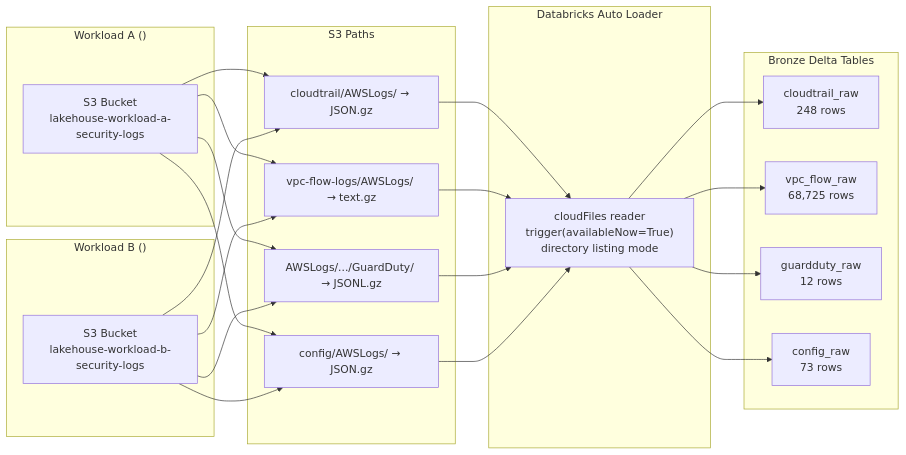
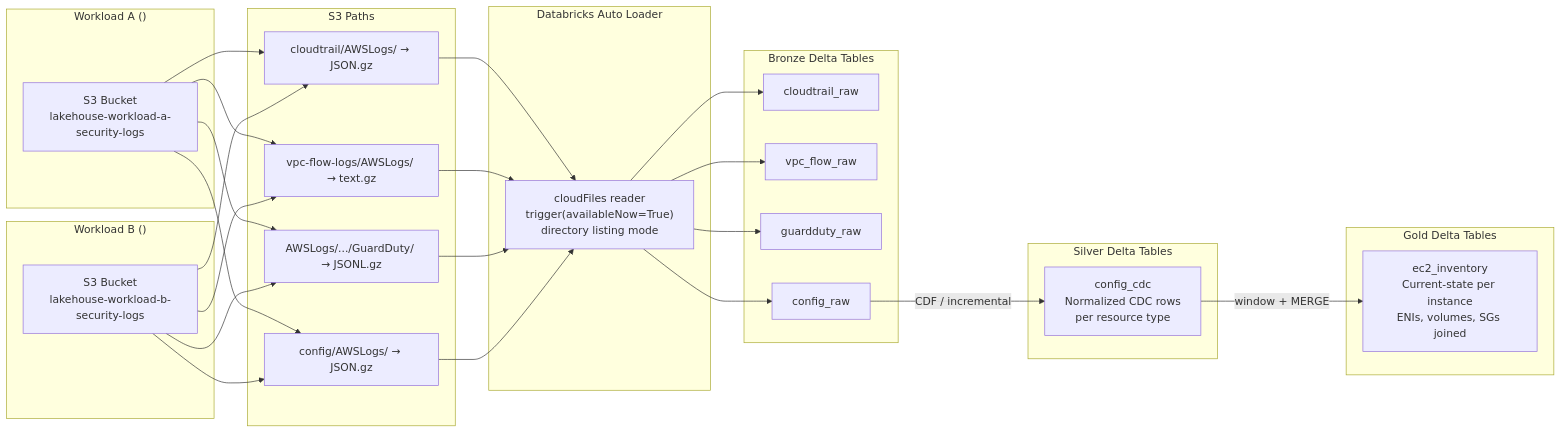
The third of 4 diagrams in architecture_diagram.md (snk5125/security-data-platform), drawn with Mermaid before and after one commit. The commit also changed other lines of this file and 11 other files, not shown here.

Commit message:
Added silver and gold layers

````diff
--- a/architecture_diagram.md
+++ b/architecture_diagram.md
@@ -185,35 +197,46 @@
 ```mermaid
 graph LR
     subgraph "Workload A (<WORKLOAD_A_ACCOUNT_ID>)"
         S3A["S3 Bucket<br/>lakehouse-workload-a-security-logs"]
     end
 
     subgraph "Workload B (<WORKLOAD_B_ACCOUNT_ID>)"
         S3B["S3 Bucket<br/>lakehouse-workload-b-security-logs"]
     end
 
     subgraph "Databricks Auto Loader"
         AL["cloudFiles reader<br/>trigger(availableNow=True)<br/>directory listing mode"]
     end
 
     subgraph "Bronze Delta Tables"
-        CT["cloudtrail_raw<br/>248 rows"]
-        VF["vpc_flow_raw<br/>68,725 rows"]
-        GD["guardduty_raw<br/>12 rows"]
-        CF["config_raw<br/>73 rows"]
+        CT["cloudtrail_raw"]
+        VF["vpc_flow_raw"]
+        GD["guardduty_raw"]
+        CF["config_raw"]
+    end
+
+    subgraph "Silver Delta Tables"
+        CDC["config_cdc<br/>Normalized CDC rows<br/>per resource type"]
+    end
+
+    subgraph "Gold Delta Tables"
+        EC2["ec2_inventory<br/>Current-state per instance<br/>ENIs, volumes, SGs joined"]
     end
 
     subgraph "S3 Paths"
         P1["cloudtrail/AWSLogs/ → JSON.gz"]
         P2["vpc-flow-logs/AWSLogs/ → text.gz"]
         P3["AWSLogs/.../GuardDuty/ → JSONL.gz"]
         P4["config/AWSLogs/ → JSON.gz"]
     end
 
     S3A --> P1 & P2 & P3 & P4
     S3B --> P1 & P2 & P3 & P4
     P1 --> AL --> CT
     P2 --> AL --> VF
     P3 --> AL --> GD
     P4 --> AL --> CF
+
+    CF -->|"CDF / incremental"| CDC
+    CDC -->|"window + MERGE"| EC2
 ```
````
